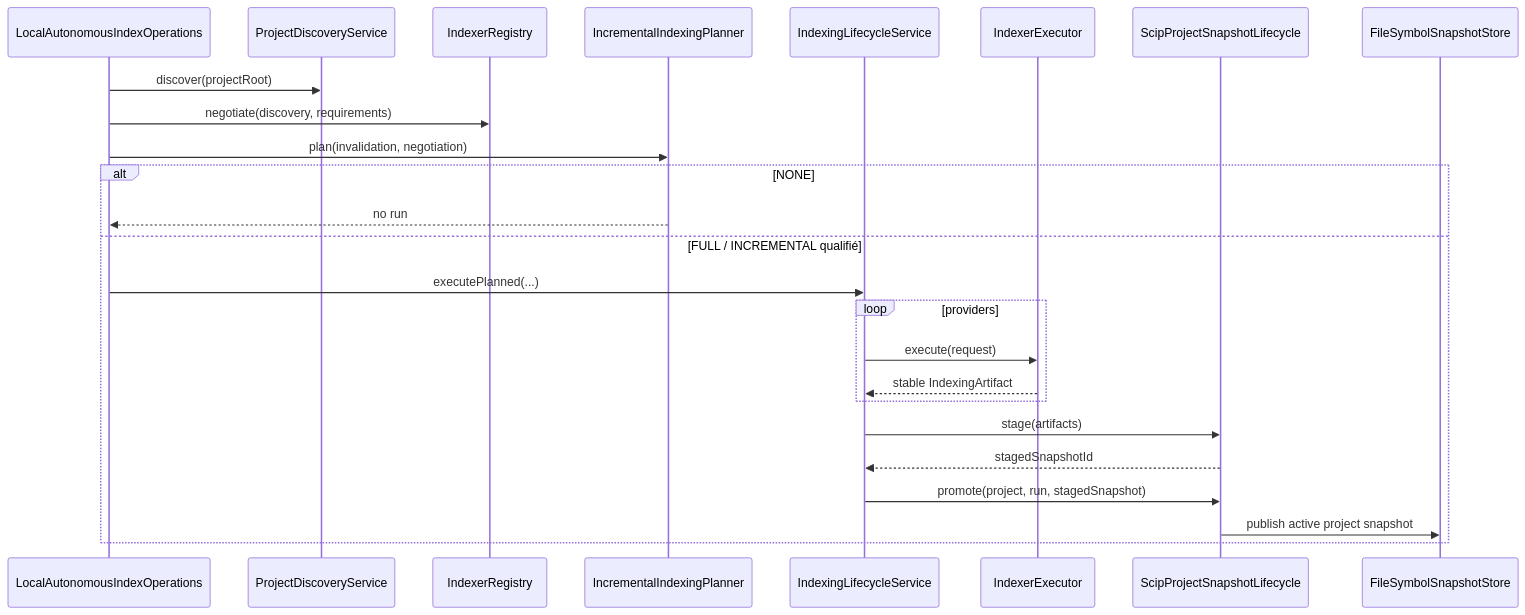
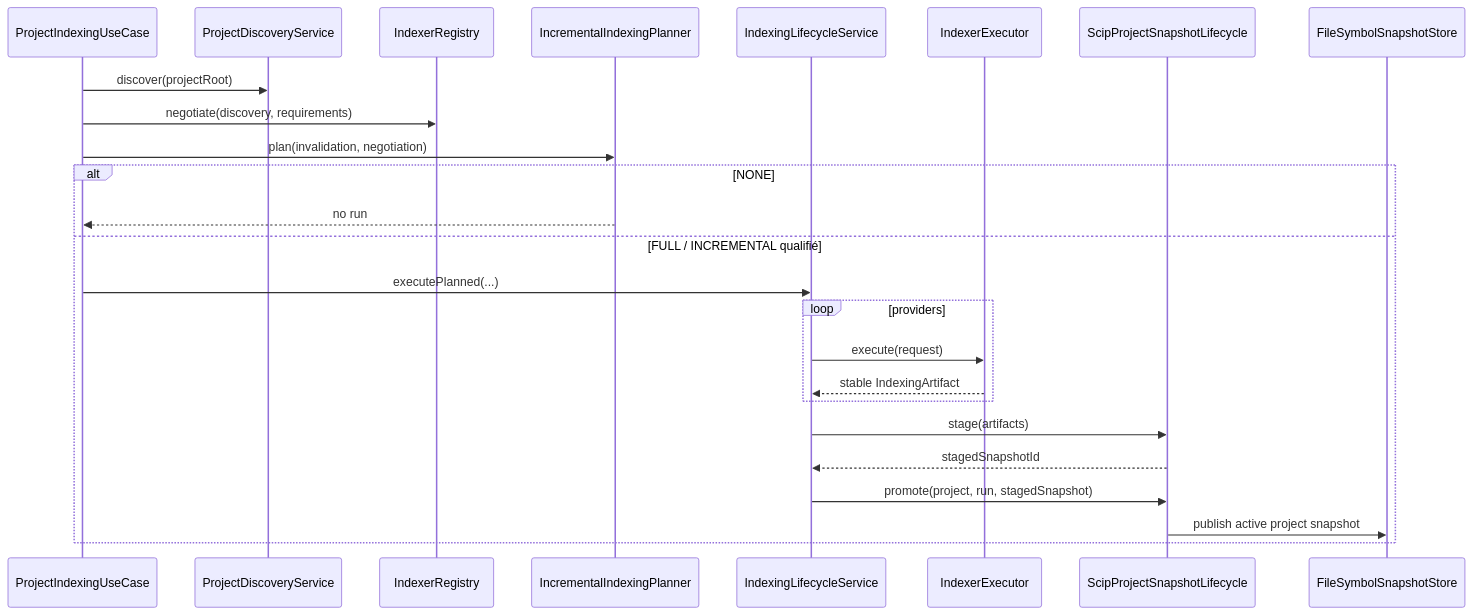
The first of 2 diagrams in docs/developer/indexing-and-storage.md (FTurleque/minos-code-intelligence), drawn with Mermaid before and after one commit. The commit also changed 35 other files, not shown here.

````diff
--- a/docs/developer/indexing-and-storage.md
+++ b/docs/developer/indexing-and-storage.md
@@ -7,28 +7,28 @@
 ```mermaid
 sequenceDiagram
-    participant C as LocalAutonomousIndexOperations
+    participant C as ProjectIndexingUseCase
     participant D as ProjectDiscoveryService
     participant N as IndexerRegistry
     participant P as IncrementalIndexingPlanner
     participant L as IndexingLifecycleService
     participant E as IndexerExecutor
     participant ST as ScipProjectSnapshotLifecycle
     participant S as FileSymbolSnapshotStore
 
     C->>D: discover(projectRoot)
     C->>N: negotiate(discovery, requirements)
     C->>P: plan(invalidation, negotiation)
     alt NONE
         P-->>C: no run
     else FULL / INCREMENTAL qualifié
         C->>L: executePlanned(...)
         loop providers
             L->>E: execute(request)
             E-->>L: stable IndexingArtifact
         end
         L->>ST: stage(artifacts)
         ST-->>L: stagedSnapshotId
         L->>ST: promote(project, run, stagedSnapshot)
         ST->>S: publish active project snapshot
     end
 ```
````
